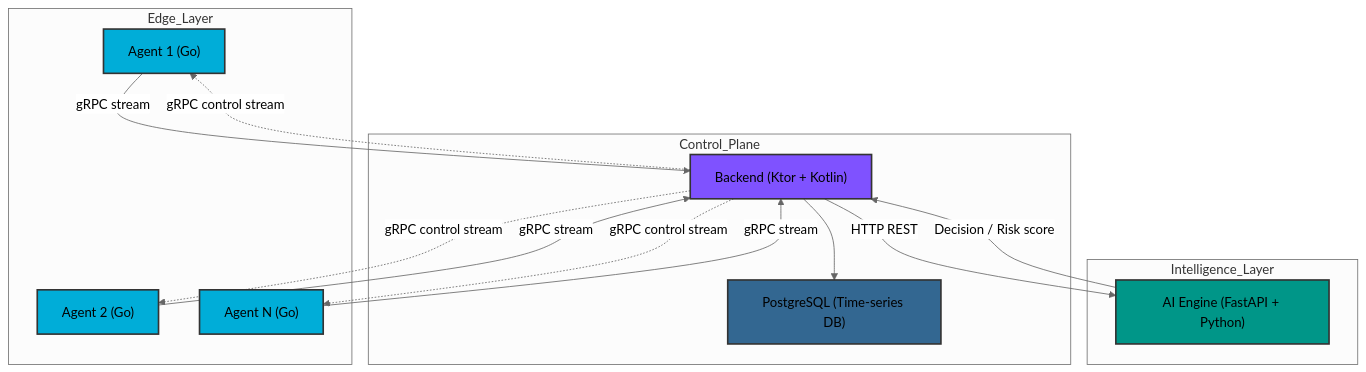
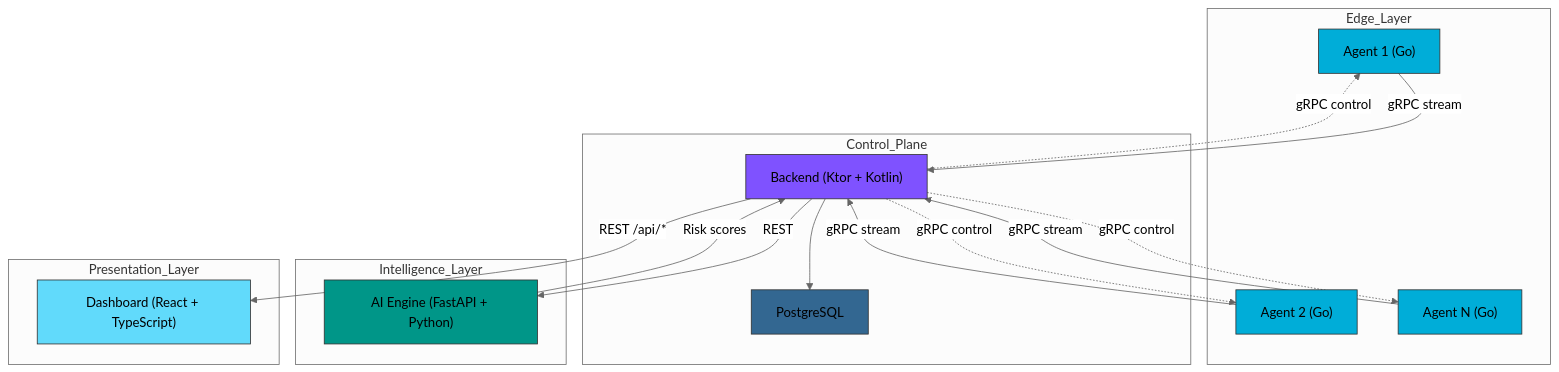
The first of 3 diagrams in README.md (Yahia995/edge-telemetry), drawn with Mermaid (neutral theme) before and after one commit. The commit also changed other lines of this file and 3 other files, not shown here.

````diff
--- a/README.md
+++ b/README.md
@@ -49,38 +57,42 @@
 ```mermaid
 graph TB
     subgraph Edge_Layer
         A1["Agent 1 (Go)"]
         A2["Agent 2 (Go)"]
         A3["Agent N (Go)"]
     end
 
     subgraph Control_Plane
         B["Backend (Ktor + Kotlin)"]
-        C["PostgreSQL (Time-series DB)"]
+        C["PostgreSQL"]
     end
 
     subgraph Intelligence_Layer
         D["AI Engine (FastAPI + Python)"]
+    end
+
+    subgraph Presentation_Layer
+        E["Dashboard (React + TypeScript)"]
     end
 
     A1 -->|gRPC stream| B
     A2 -->|gRPC stream| B
     A3 -->|gRPC stream| B
 
     B --> C
+    B -->|REST| D
+    D -->|Risk scores| B
+    B -.->|gRPC control| A1
+    B -.->|gRPC control| A2
+    B -.->|gRPC control| A3
 
-    B -->|HTTP REST| D
-    D -->|Decision / Risk score| B
+    B -->|REST /api/*| E
 
-    B -.->|gRPC control stream| A1
-    B -.->|gRPC control stream| A2
-    B -.->|gRPC control stream| A3
-
-    style A1 fill:#00ADD8,stroke:#333,stroke-width:2px,color:#000
-    style A2 fill:#00ADD8,stroke:#333,stroke-width:2px,color:#000
-    style A3 fill:#00ADD8,stroke:#333,stroke-width:2px,color:#000
-    style B fill:#7F52FF,stroke:#333,stroke-width:2px,color:#000
-    style C fill:#336791,stroke:#333,stroke-width:2px,color:#000
-    style D fill:#009688,stroke:#333,stroke-width:2px,color:#000
-
+    style A1 fill:#00ADD8,stroke:#333,color:#000
+    style A2 fill:#00ADD8,stroke:#333,color:#000
+    style A3 fill:#00ADD8,stroke:#333,color:#000
+    style B fill:#7F52FF,stroke:#333,color:#000
+    style C fill:#336791,stroke:#333,color:#000
+    style D fill:#009688,stroke:#333,color:#000
+    style E fill:#61DAFB,stroke:#333,color:#000
 ```
````
